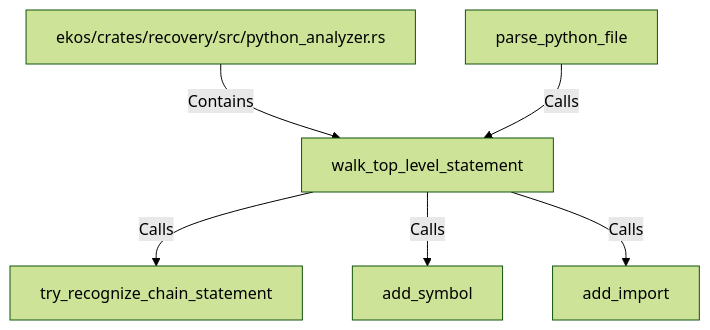
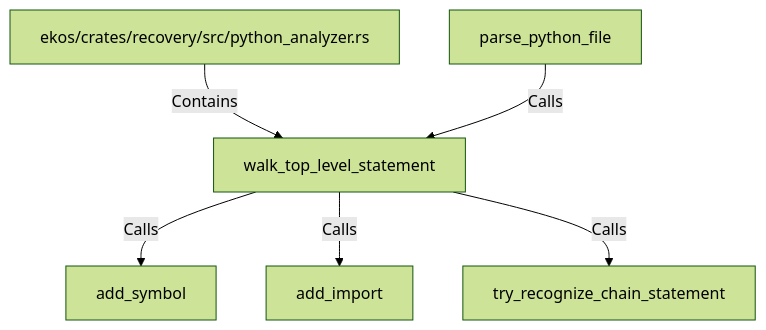
The diagram in doc/entities/rustsymbol/wa/walk-top-level-statement.md (alexeyban/EKOS), drawn with Mermaid (forest theme) before and after one commit. The commit also changed other lines of this file and 552 other files, not shown here.

````diff
--- a/doc/entities/rustsymbol/wa/walk-top-level-statement.md
+++ b/doc/entities/rustsymbol/wa/walk-top-level-statement.md
@@ -24,14 +24,14 @@
 ```mermaid
 graph TD
     n36a795d037885433a3692571af84e340["walk_top_level_statement"]
     n196ca3fde85c5ab9a14250f63dc586b9["ekos/crates/recovery/src/python_analyzer.rs"]
     n196ca3fde85c5ab9a14250f63dc586b9 -->|Contains| n36a795d037885433a3692571af84e340
     n72ff02a8b7ba5481b85dc5b408ab50e4["parse_python_file"]
     n72ff02a8b7ba5481b85dc5b408ab50e4 -->|Calls| n36a795d037885433a3692571af84e340
-    n1c28e11791f6543a95284a070d7a4528["try_recognize_chain_statement"]
-    n36a795d037885433a3692571af84e340 -->|Calls| n1c28e11791f6543a95284a070d7a4528
     n458e9ef20f1a57ae89657f762081285d["add_symbol"]
     n36a795d037885433a3692571af84e340 -->|Calls| n458e9ef20f1a57ae89657f762081285d
     n89c6ca8d85385378962bdd78b293813c["add_import"]
     n36a795d037885433a3692571af84e340 -->|Calls| n89c6ca8d85385378962bdd78b293813c
+    n1c28e11791f6543a95284a070d7a4528["try_recognize_chain_statement"]
+    n36a795d037885433a3692571af84e340 -->|Calls| n1c28e11791f6543a95284a070d7a4528
 ```
````
